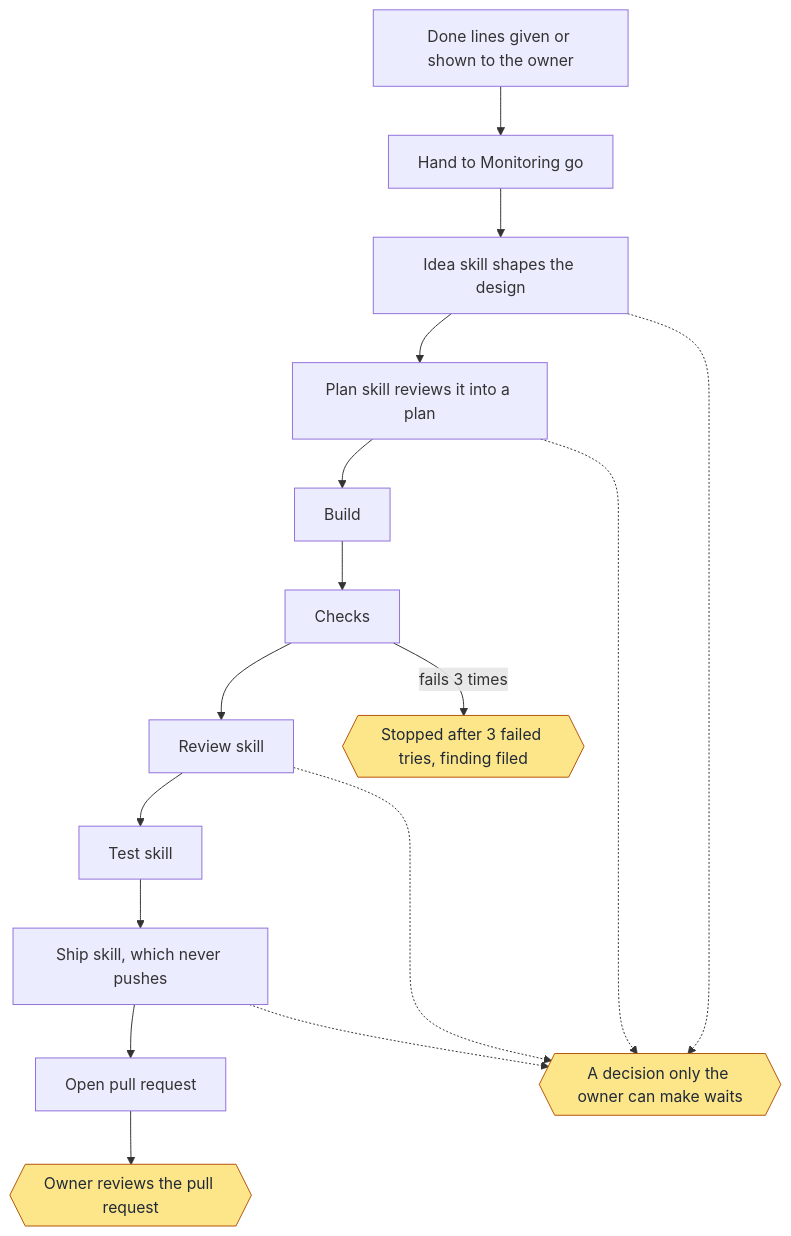
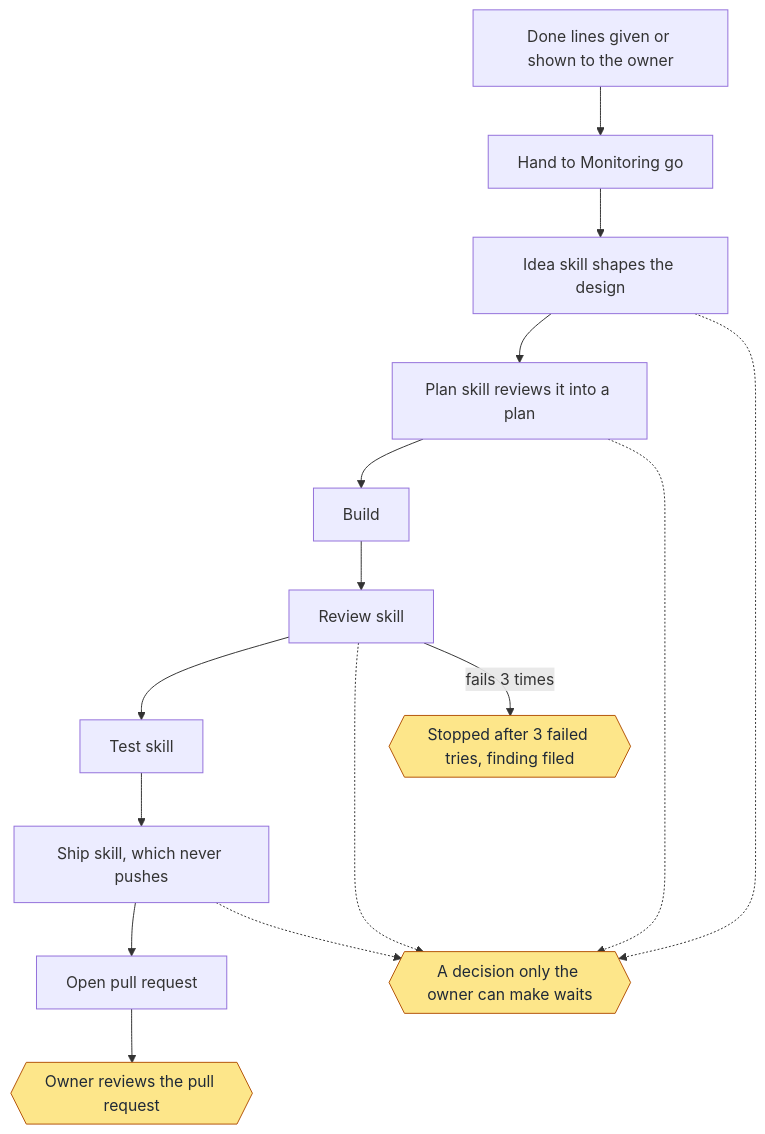
One commit to jcl2018/agent-workflow-template changed the first of 11 diagrams in skills/workflow-delivery/references/commands.md. Above: the diagram before and after it, drawn with Mermaid. The commit also changed other lines of this file and 48 other files, not shown here.

````diff
--- a/skills/workflow-delivery/references/commands.md
+++ b/skills/workflow-delivery/references/commands.md
@@ -50,33 +49,31 @@
 ```mermaid
 flowchart TD
   a["Done lines given or shown to the owner"]
   b["Hand to Monitoring go"]
   c["Idea skill shapes the design"]
   d["Plan skill reviews it into a plan"]
   e["Build"]
-  f["Checks"]
   g["Review skill"]
   h["Test skill"]
   i["Ship skill, which never pushes"]
   j["Open pull request"]
   w{{"A decision only the owner can make waits"}}
   o{{"Owner reviews the pull request"}}
   s{{"Stopped after 3 failed tries, finding filed"}}
   a --> b
   b --> c
   c --> d
   d --> e
-  e --> f
-  f --> g
+  e --> g
   g --> h
   h --> i
   i --> j
   j --> o
   c -.-> w
   d -.-> w
   g -.-> w
   i -.-> w
-  f -->|fails 3 times| s
+  g -->|fails 3 times| s
   classDef owner fill:#fde68a,stroke:#b45309,color:#1f2937
   class w,o,s owner
 ```
````
